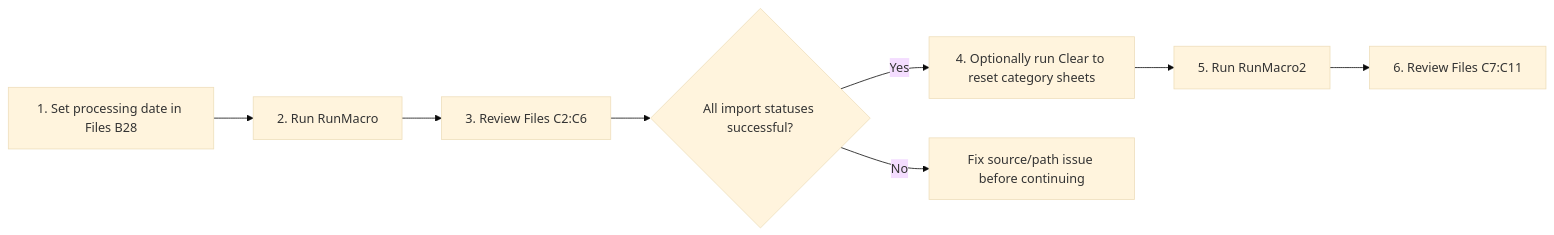
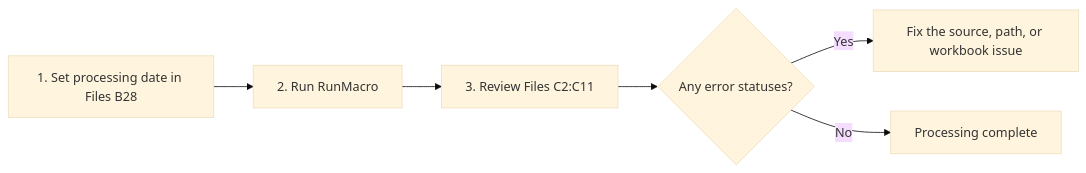
One commit to moonstarph23/Common-Script changed diagram 15 of 15 in Other Comps/VBA_DOCUMENTATION.md. Above: the diagram before and after it, drawn with Mermaid (base theme). The commit also changed other lines of this file and 2 other files, not shown here.

Commit message:
Unify VBA processing under RunMacro

````diff
--- a/Other Comps/VBA_DOCUMENTATION.md
+++ b/Other Comps/VBA_DOCUMENTATION.md
@@ -803,10 +785,8 @@
 ```mermaid
 flowchart LR
     A["1. Set processing date in Files B28"] --> B["2. Run RunMacro"]
-    B --> C["3. Review Files C2:C6"]
-    C --> D{"All import statuses successful?"}
-    D -- "Yes" --> E["4. Optionally run Clear to reset category sheets"]
-    D -- "No" --> F["Fix source/path issue before continuing"]
-    E --> G["5. Run RunMacro2"]
-    G --> H["6. Review Files C7:C11"]
+    B --> C["3. Review Files C2:C11"]
+    C --> D{"Any error statuses?"}
+    D -- "Yes" --> E["Fix the source, path, or workbook issue"]
+    D -- "No" --> F["Processing complete"]
 ```
````
